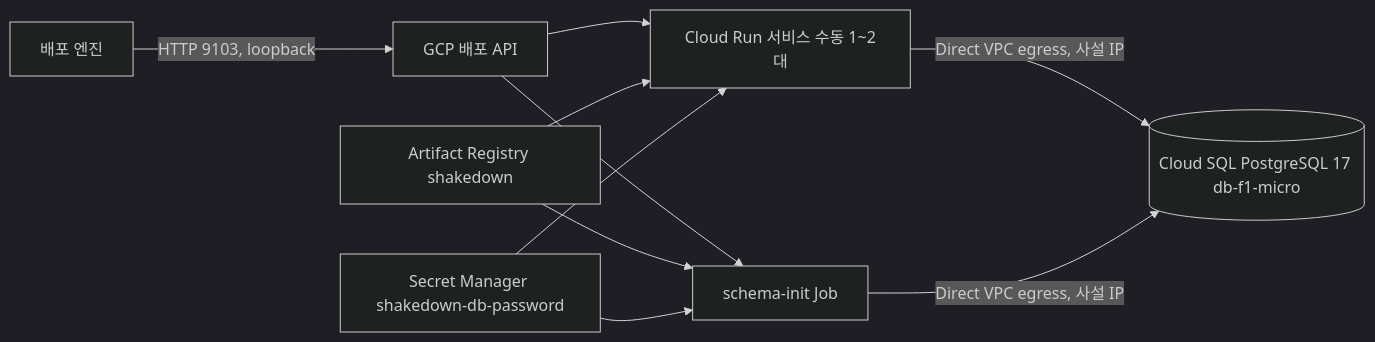
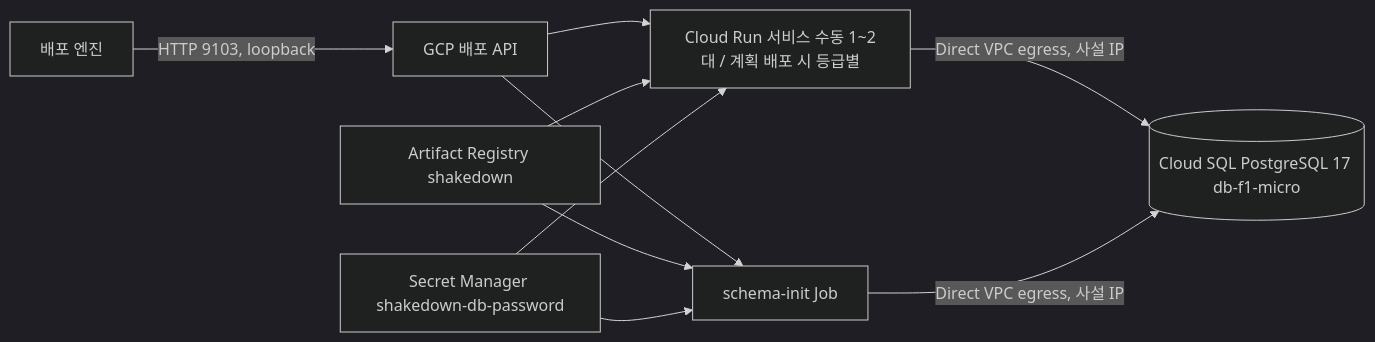
Before and after one commit to SoftBankHackathon/shakedown: the first of 2 diagrams in infra/gcp/README.md, drawn with Mermaid (dark theme). The commit also changed other lines of this file and 3 other files, not shown here.

````diff
--- a/infra/gcp/README.md
+++ b/infra/gcp/README.md
@@ -7,12 +7,12 @@
 ```mermaid
 flowchart LR
   Engine[배포 엔진] -->|HTTP 9103, loopback| Adapter[GCP 배포 API]
   Adapter --> Job[schema-init Job]
-  Adapter --> Run[Cloud Run 서비스 수동 1~2대]
+  Adapter --> Run[Cloud Run 서비스 수동 1~2대 / 계획 배포 시 등급별]
   AR[Artifact Registry shakedown] --> Run
   AR --> Job
   Secret[Secret Manager shakedown-db-password] --> Run
   Secret --> Job
   Run -->|Direct VPC egress, 사설 IP| SQL[(Cloud SQL PostgreSQL 17 db-f1-micro)]
   Job -->|Direct VPC egress, 사설 IP| SQL
 ```
````
